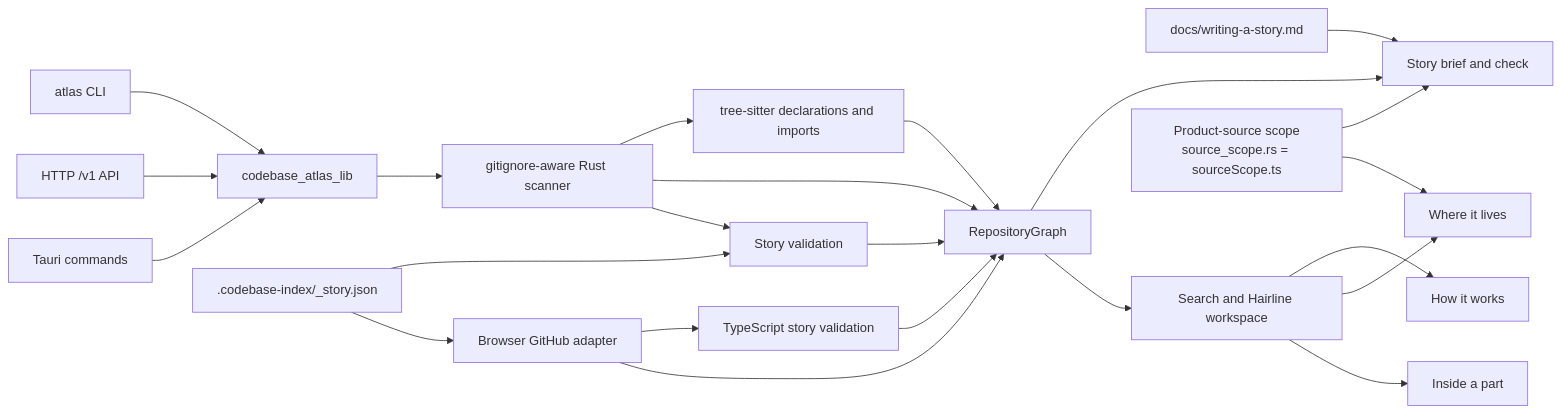
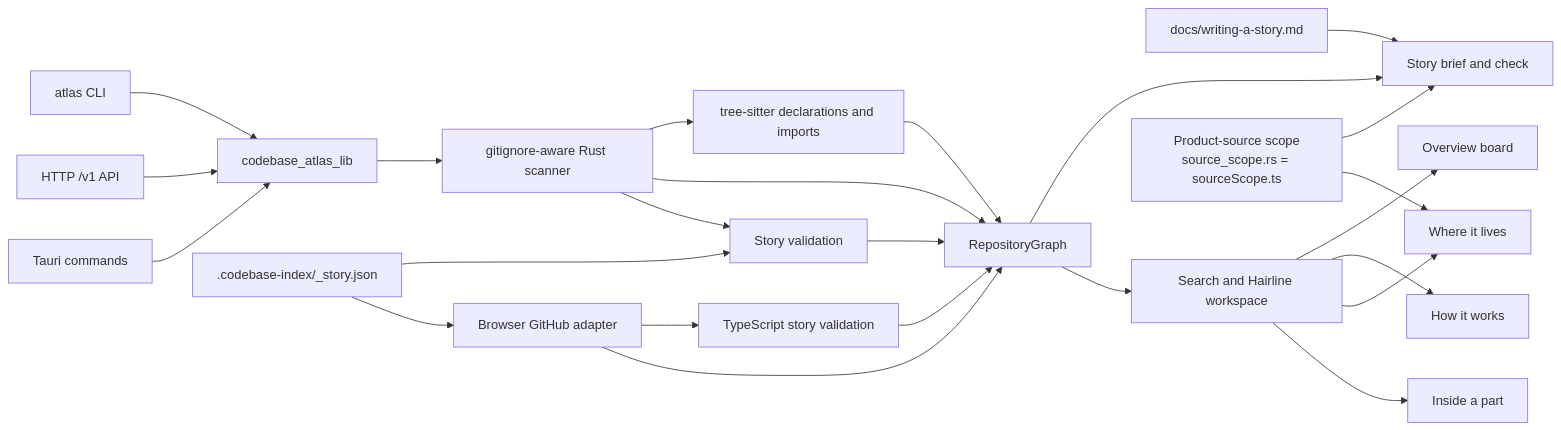
The first of 2 diagrams in README.md (Volpestyle/codebase-atlas), drawn with Mermaid before and after one commit. The commit also changed other lines of this file, not shown here.

First line of the commit message:
docs: record the overview board and its quarter-turn camera

````diff
--- a/README.md
+++ b/README.md
@@ -9,25 +9,26 @@
 ```mermaid
 flowchart LR
   CLI[atlas CLI] --> API[codebase_atlas_lib]
   HTTP[HTTP /v1 API] --> API
   Tauri[Tauri commands] --> API
   API --> Scanner[gitignore-aware Rust scanner]
   Scanner --> Parse[tree-sitter declarations and imports]
   Parse --> Graph[RepositoryGraph]
   Scanner --> Graph
   Rules[docs/writing-a-story.md] --> Brief
   Story[.codebase-index/_story.json] --> Validate[Story validation]
   Validate --> Graph
   Scanner --> Validate
   GH[Browser GitHub adapter] --> Web[TypeScript story validation]
   Story --> GH
   GH --> Graph
   Web --> Graph
   Graph --> Brief[Story brief and check]
   Graph --> UI[Search and Hairline workspace]
   Scope[Product-source scope<br/>source_scope.rs = sourceScope.ts] --> Brief
   Scope --> Territory
+  UI --> Overview[Overview board]
   UI --> Journey[How it works]
   UI --> Territory[Where it lives]
   UI --> Part[Inside a part]
 ```
````
